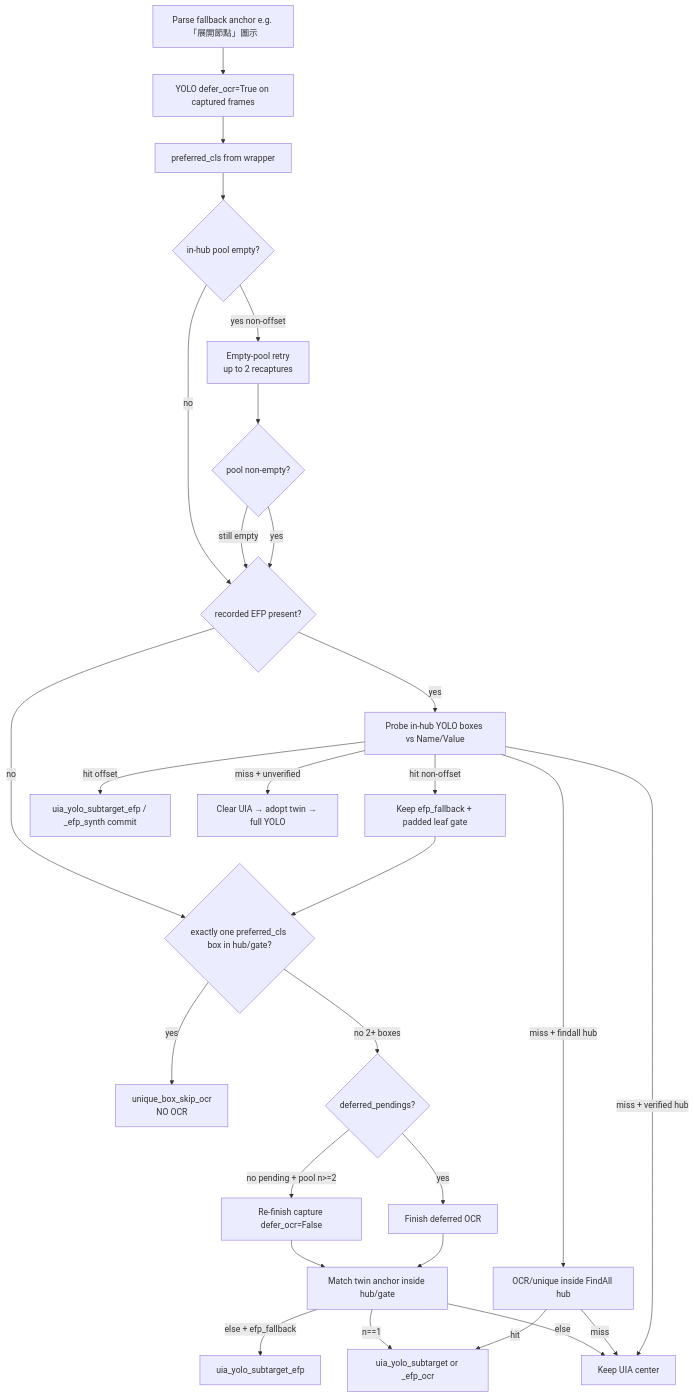
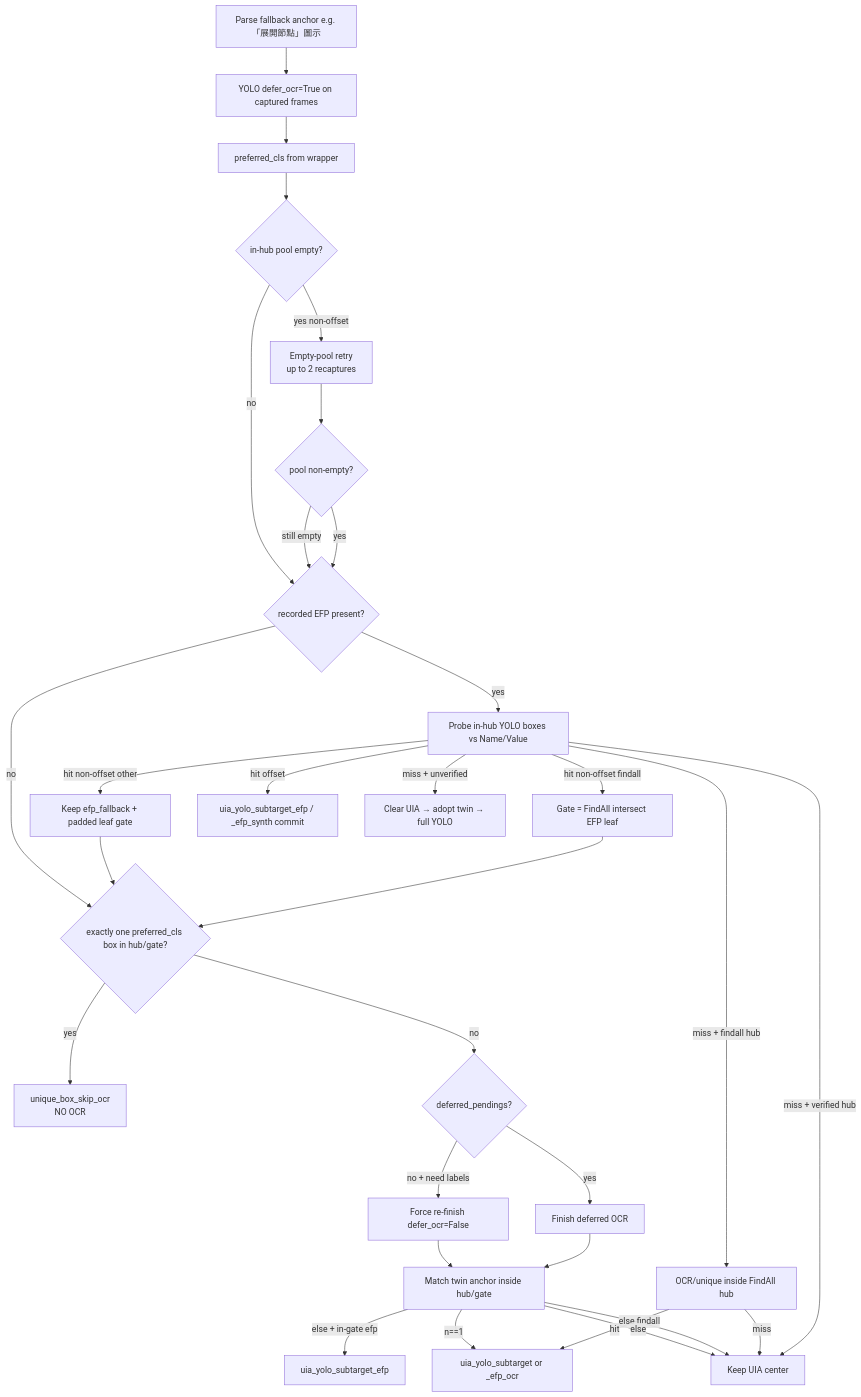
One commit to josephorng/QualityAssuranceAgent changed the fifth of 7 diagrams in docs/replay-flow.md. Above: the diagram before and after it, drawn with Mermaid. The commit also changed other lines of this file and 3 other files, not shown here.

First line of the commit message:
Clamp FindAll subtarget EFP to hub∩leaf and require OCR before pane fallback.

````diff
--- a/docs/replay-flow.md
+++ b/docs/replay-flow.md
@@ -180,30 +180,33 @@
 ```mermaid
 flowchart TD
   A[Parse fallback anchor e.g. 「展開節點」圖示] --> B[YOLO defer_ocr=True on captured frames]
   B --> C[preferred_cls from wrapper]
   C --> P{in-hub pool empty?}
   P -->|yes non-offset| R[Empty-pool retry<br/>up to 2 recaptures]
   R --> P2{pool non-empty?}
   P2 -->|yes| D
   P2 -->|still empty| D
   P -->|no| D{recorded EFP present?}
   D -->|yes| E[Probe in-hub YOLO boxes vs Name/Value]
-  E -->|hit non-offset| F[Keep efp_fallback + padded leaf gate]
+  E -->|hit non-offset findall| Fx[Gate = FindAll intersect EFP leaf]
+  Fx --> I
+  E -->|hit non-offset other| F[Keep efp_fallback + padded leaf gate]
   F --> I
   E -->|hit offset| Os[uia_yolo_subtarget_efp / _efp_synth commit]
   E -->|miss + verified hub| G[Keep UIA center]
   E -->|miss + findall hub| Fi[OCR/unique inside FindAll hub]
   Fi -->|hit| M
   Fi -->|miss| G
   E -->|miss + unverified| H[Clear UIA → adopt twin → full YOLO]
   D -->|no| I{exactly one preferred_cls box in hub/gate?}
   I -->|yes| J[unique_box_skip_ocr<br/>NO OCR]
-  I -->|no 2+ boxes| K{deferred_pendings?}
+  I -->|no| K{deferred_pendings?}
   K -->|yes| Finish[Finish deferred OCR]
-  K -->|no pending + pool n>=2| Force[Re-finish capture defer_ocr=False]
+  K -->|no + need labels| Force[Force re-finish defer_ocr=False]
   Finish --> L[Match twin anchor inside hub/gate]
   Force --> L
   L -->|n==1| M[uia_yolo_subtarget or _efp_ocr]
-  L -->|else + efp_fallback| N[uia_yolo_subtarget_efp]
+  L -->|else + in-gate efp| N[uia_yolo_subtarget_efp]
+  L -->|else findall| G
   L -->|else| G
 ```
````
